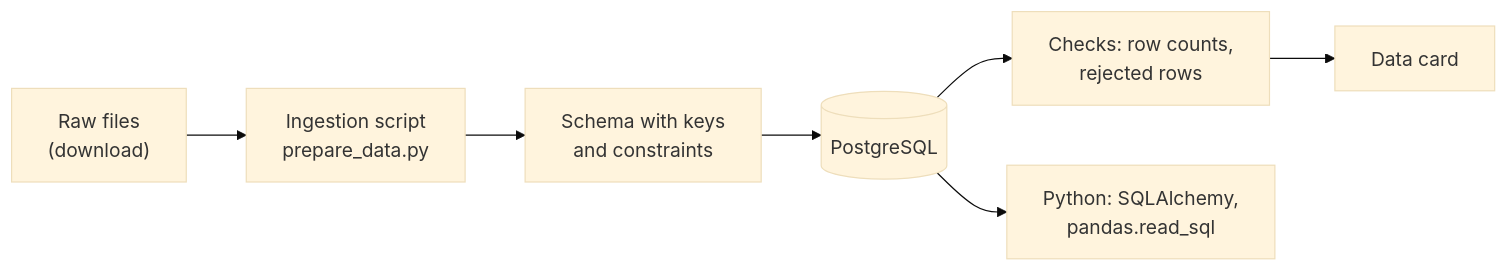
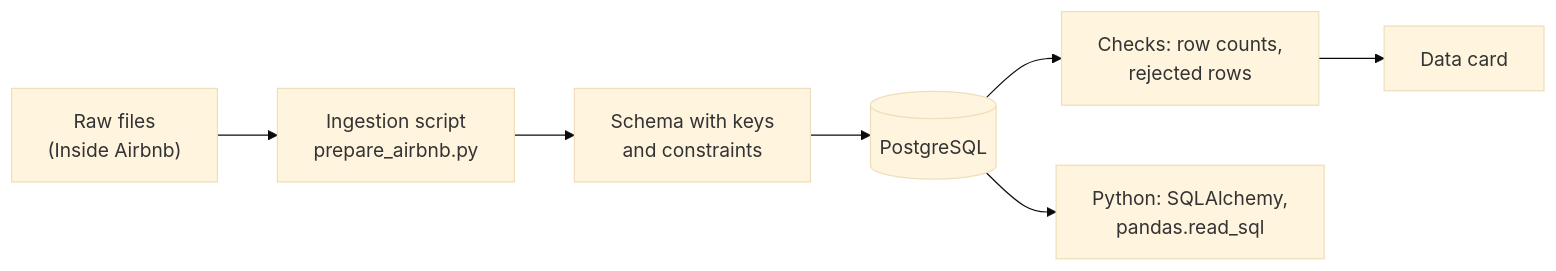
The first of 5 diagrams in sessions/03-sql-and-polars/theory/02-sql-from-python-and-ingestion.md (khoadaniel/statistical-programming-mpmd-htw-ws-2026), drawn with Mermaid (base theme) before and after one commit. The commit also changed other lines of this file and 160 other files, not shown here.

````diff
--- a/sessions/03-sql-and-polars/theory/02-sql-from-python-and-ingestion.md
+++ b/sessions/03-sql-and-polars/theory/02-sql-from-python-and-ingestion.md
@@ -5,9 +5,9 @@
 ```mermaid
 flowchart LR
-    RAW["Raw files<br/>(download)"] --> SCRIPT["Ingestion script<br/>prepare_data.py"]
+    RAW["Raw files<br/>(Inside Airbnb)"] --> SCRIPT["Ingestion script<br/>prepare_airbnb.py"]
     SCRIPT --> SCHEMA["Schema with keys<br/>and constraints"]
     SCHEMA --> DB[("PostgreSQL")]
     DB --> CHECK["Checks: row counts,<br/>rejected rows"]
     CHECK --> CARD["Data card"]
     DB --> PY["Python: SQLAlchemy,<br/>pandas.read_sql"]
 ```
````
